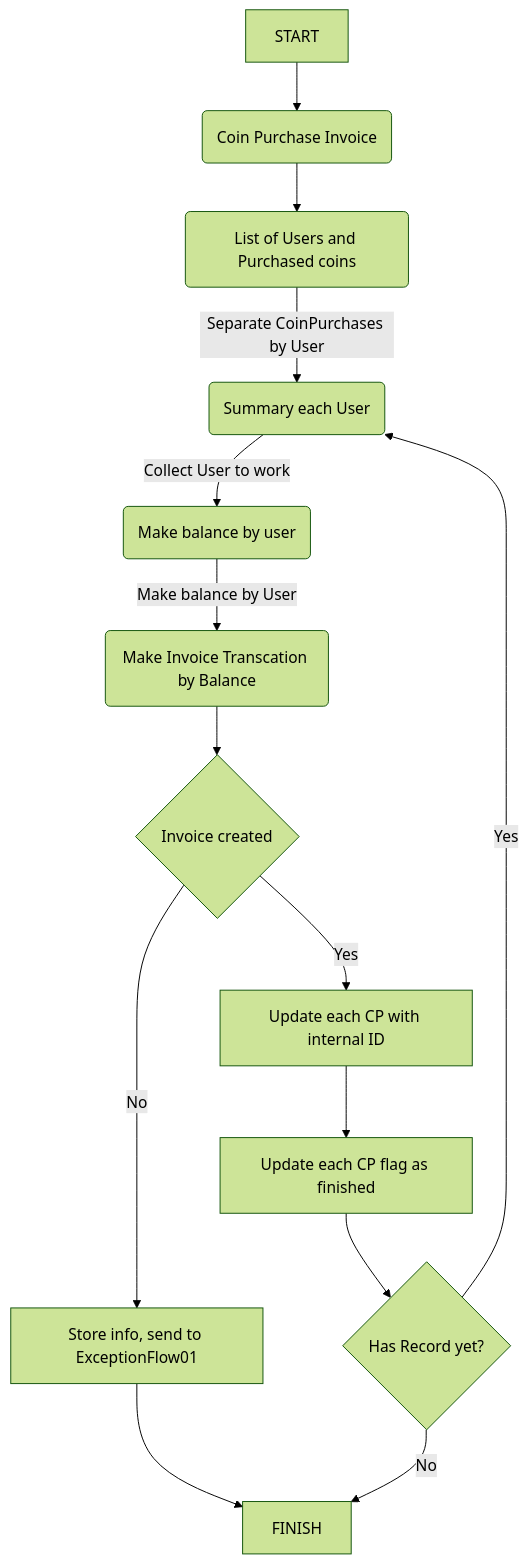
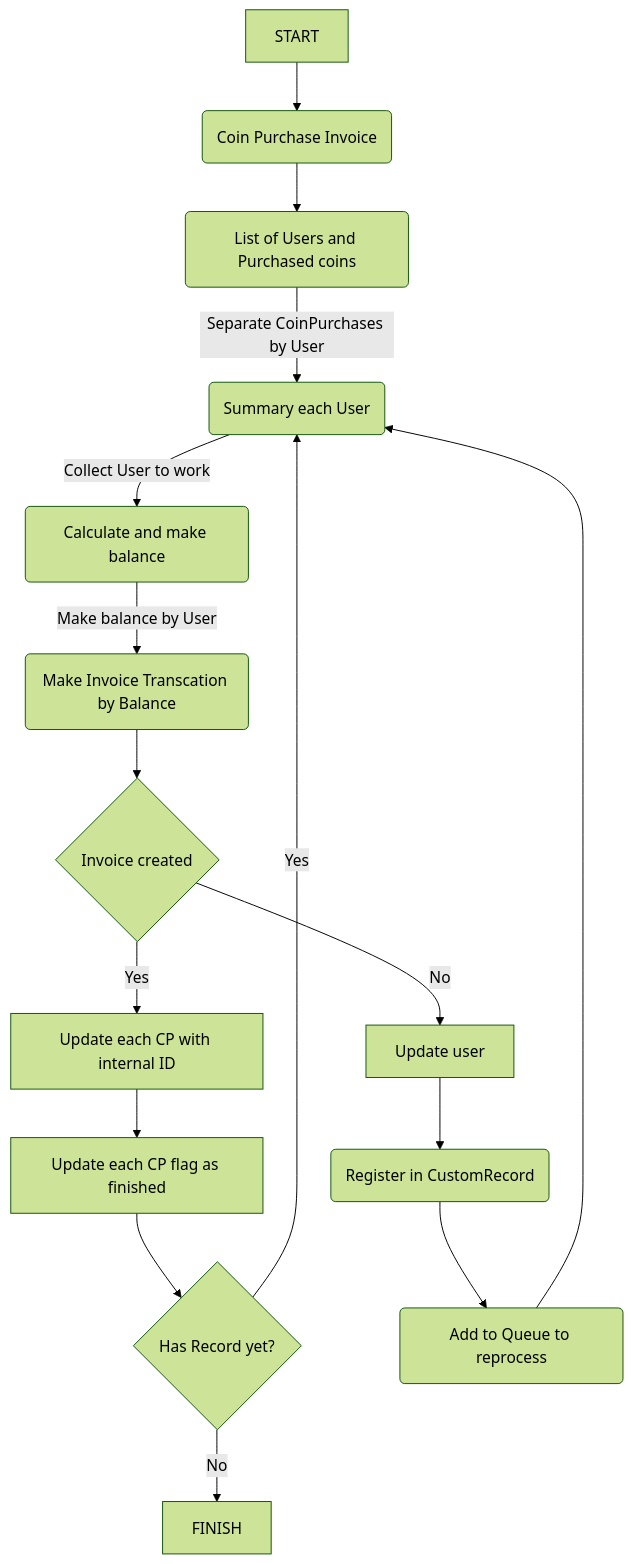
The diagram in src/Diagram/CoinPurchaseInvoice.md (Prompt-Solucoes-Informatica-NetSuite/GetNinjas), drawn with Mermaid (forest theme) before and after one commit.

Commit message:
Update flowchart to create the domain and process

````diff
--- a/src/Diagram/CoinPurchaseInvoice.md
+++ b/src/Diagram/CoinPurchaseInvoice.md
@@ -4,39 +4,46 @@
 ```mermaid
 
 flowchart
-    Start[START] --> CoinPurchaseList 
-    CoinPurchaseList(Coin Purchase Invoice)
-        --> ListUser(List of Users and Purchased coins)
+    Start[START] 
+        --> CoinPurchaseList(Coin Purchase Invoice)
+        --> ListUser
+        
+    ListUser(List of Users and Purchased coins) 
+        -->|Separate CoinPurchases by User| SummaryUser
     
+    SummaryUser(Summary each User)
+        --> |Collect User to work| BuildBalance
     
-    ListUser -->|Separate CoinPurchases by User| SummaryUser(Summary each User)
-    SummaryUser 
-        --> |Collect User to work| BuildBalance(Make balance by user)
-    BuildBalance --> |Make balance by User| BuildInvoice(Make Invoice Transcation by Balance) 
+    BuildBalance(Calculate and make balance) 
+        --> |Make balance by User| BuildInvoice(Make Invoice Transcation by Balance) 
         --> IsCreatedInvoice{Invoice created}
 
 
     IsCreatedInvoice 
         --> |Yes| UpdateCP[Update each CP with internal ID]
         --> UpdateCPFlag[Update each CP flag as finished]
         --> RemainRecord{Has Record yet?}
 
     IsCreatedInvoice
         --> |No| ExceptionFlow01[Update user]
-        
-    ExceptionFlow01[Store info, send to ExceptionFlow01]
-        --> Finish
 
+    ExceptionFlow01
+        --> EF01Step01
+        --> EF02Step02
+        --> SummaryUser
+
+    EF01Step01(Register in CustomRecord)
+    EF02Step02(Add to Queue to reprocess)
 
     RemainRecord 
         --> |Yes| SummaryUser
 
     RemainRecord
         --> |No| Finish
 
 
 
 
     Finish[FINISH]
 
 ```
````
